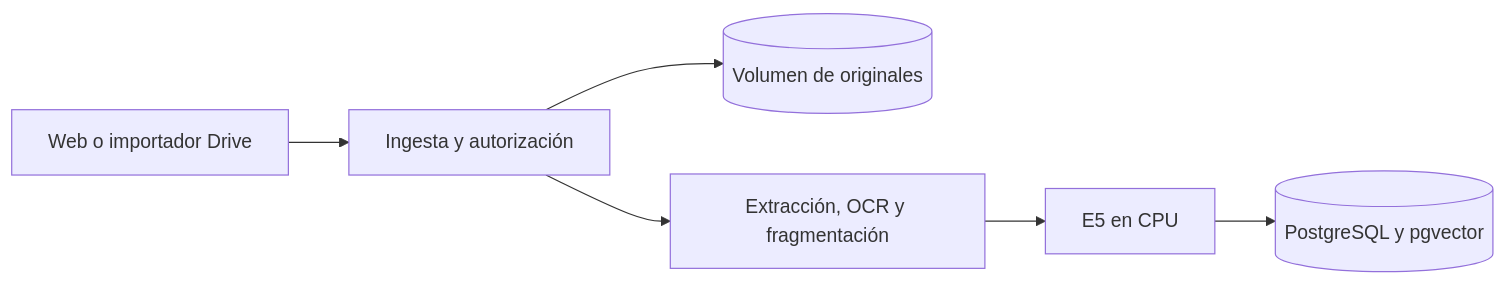
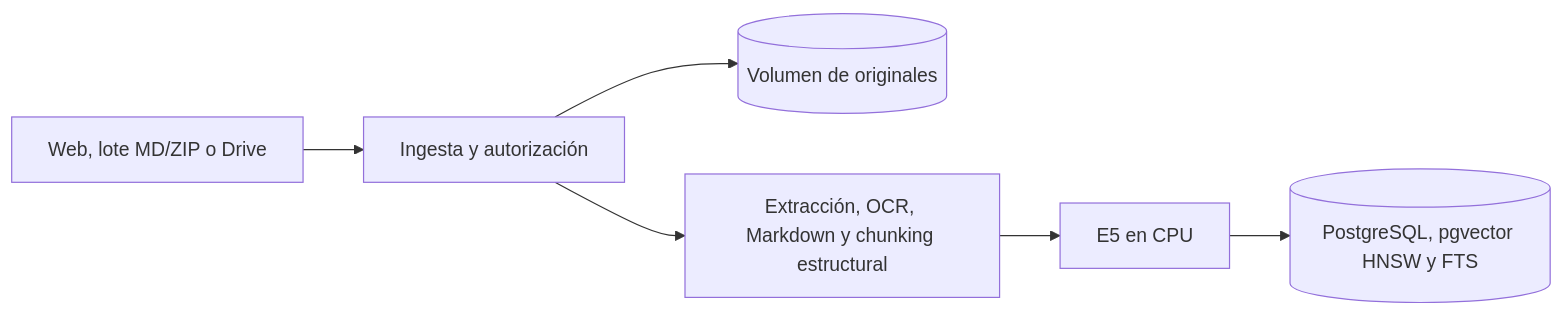
The diagram in backend/RagDocumentEmbeddingServices/README.md (Blandskron/AgenteIADocumental), drawn with Mermaid before and after one commit. The commit also changed other lines of this file and 17 other files, not shown here.

````diff
--- a/backend/RagDocumentEmbeddingServices/README.md
+++ b/backend/RagDocumentEmbeddingServices/README.md
@@ -7,7 +7,7 @@
 ```mermaid
 flowchart LR
-    client["Web o importador Drive"] --> ingest["Ingesta y autorización"]
+    client["Web, lote MD/ZIP o Drive"] --> ingest["Ingesta y autorización"]
     ingest --> originals[("Volumen de originales")]
-    ingest --> extract["Extracción, OCR y fragmentación"]
-    extract --> model["E5 en CPU"] --> db[("PostgreSQL y pgvector")]
+    ingest --> extract["Extracción, OCR, Markdown y chunking estructural"]
+    extract --> model["E5 en CPU"] --> db[("PostgreSQL, pgvector HNSW y FTS")]
 ```
````
